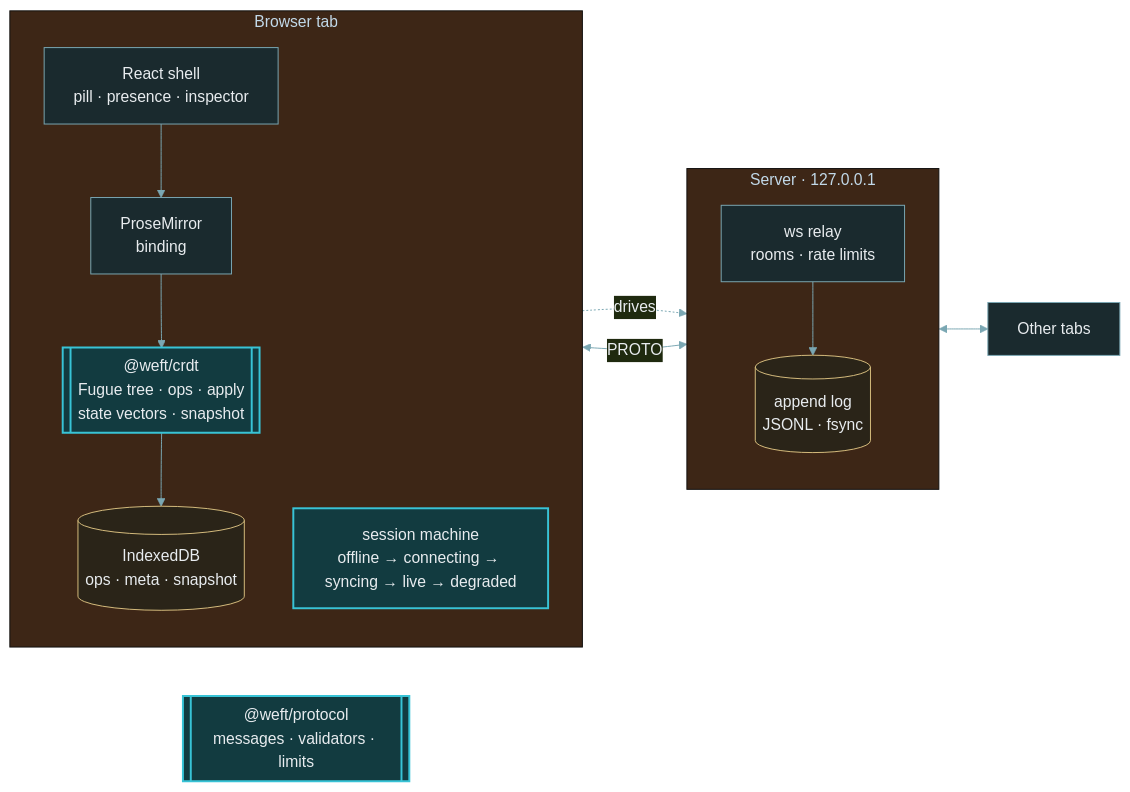
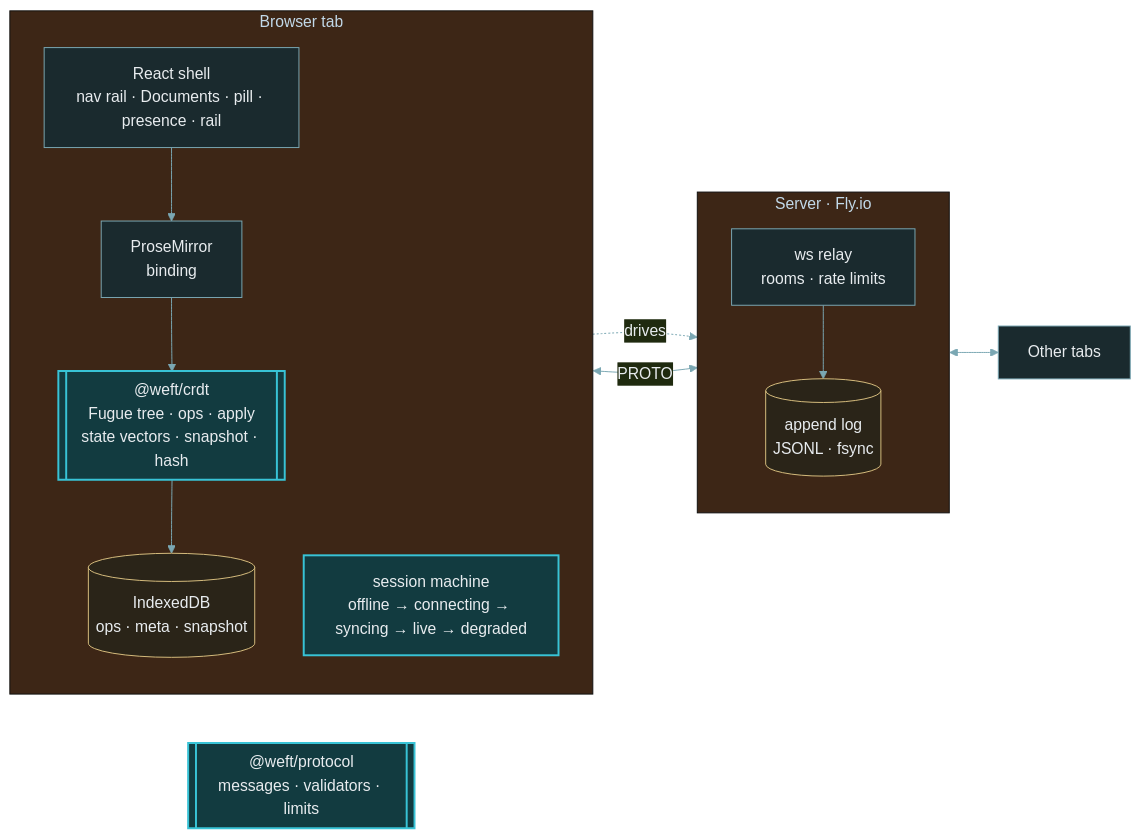
The second of 2 diagrams in README.md (abheet19/Weft), drawn with Mermaid before and after one commit. The commit also changed other lines of this file and 4 other files, not shown here.

First line of the commit message:
docs+media: 60fps reel of the redesigned glass flow, recruiter-ready README, interview-ready CONTEXT

````diff
--- a/README.md
+++ b/README.md
@@ -207,27 +253,27 @@
 ```mermaid
 %%{init: {'theme':'base','themeVariables':{'primaryColor':'#0f1f2a','primaryTextColor':'#e8ecef','primaryBorderColor':'#38c3d6','lineColor':'#7aa7b3','fontFamily':'Inter, system-ui, sans-serif'}}}%%
 flowchart LR
   subgraph browser[Browser tab]
     direction TB
-    UI[React shell<br/>pill · presence · inspector]:::io
+    UI[React shell<br/>nav rail · Documents · pill · presence · rail]:::io
     PM[ProseMirror<br/>binding]:::io
-    CRDT[["@weft/crdt<br/>Fugue tree · ops · apply<br/>state vectors · snapshot"]]:::pure
+    CRDT[["@weft/crdt<br/>Fugue tree · ops · apply<br/>state vectors · snapshot · hash"]]:::pure
     IDB[(IndexedDB<br/>ops · meta · snapshot)]:::store
     SES[session machine<br/>offline → connecting → syncing → live → degraded]:::pure
   end
   PROTO[["@weft/protocol<br/>messages · validators · limits"]]:::pure
-  subgraph server[Server · 127.0.0.1]
+  subgraph server[Server · Fly.io]
     direction TB
     WS[ws relay<br/>rooms · rate limits]:::io
     LOG[(append log<br/>JSONL · fsync)]:::store
   end
   UI --> PM --> CRDT
   CRDT --> IDB
   SES -. drives .-> WS
   CRDT <-- PROTO --> WS
   WS --> LOG
   WS <--> PEER[Other tabs]:::io
   classDef pure fill:#123b40,stroke:#38c3d6,color:#e8ecef,stroke-width:2px
   classDef io fill:#1a2a2e,stroke:#7aa7b3,color:#e8ecef
   classDef store fill:#2a2418,stroke:#d8be7e,color:#e8ecef
 ```
````
